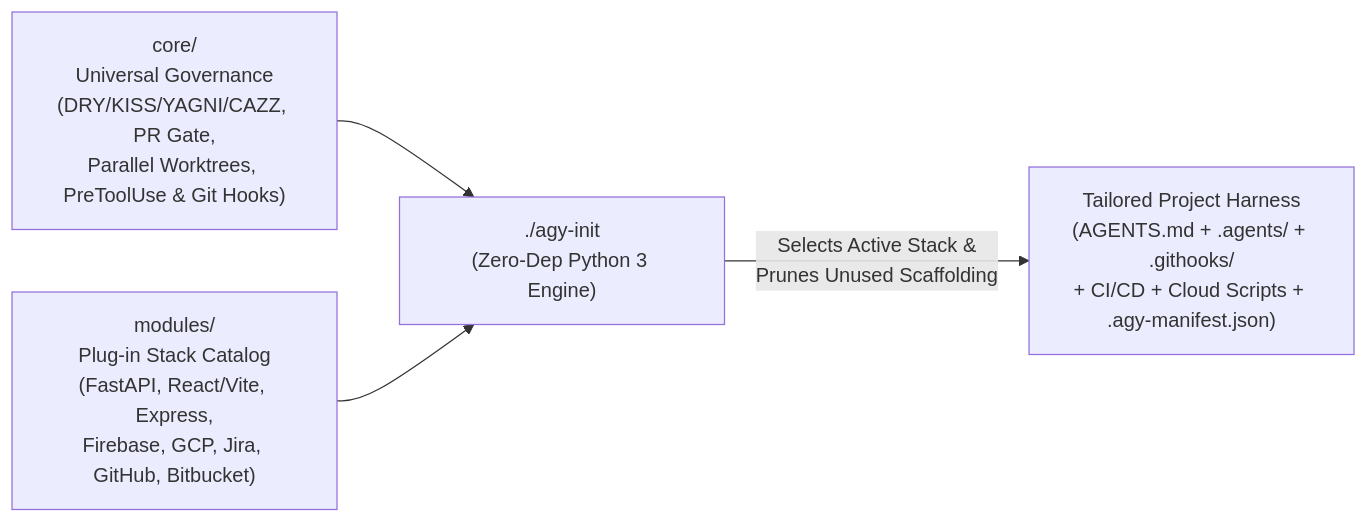
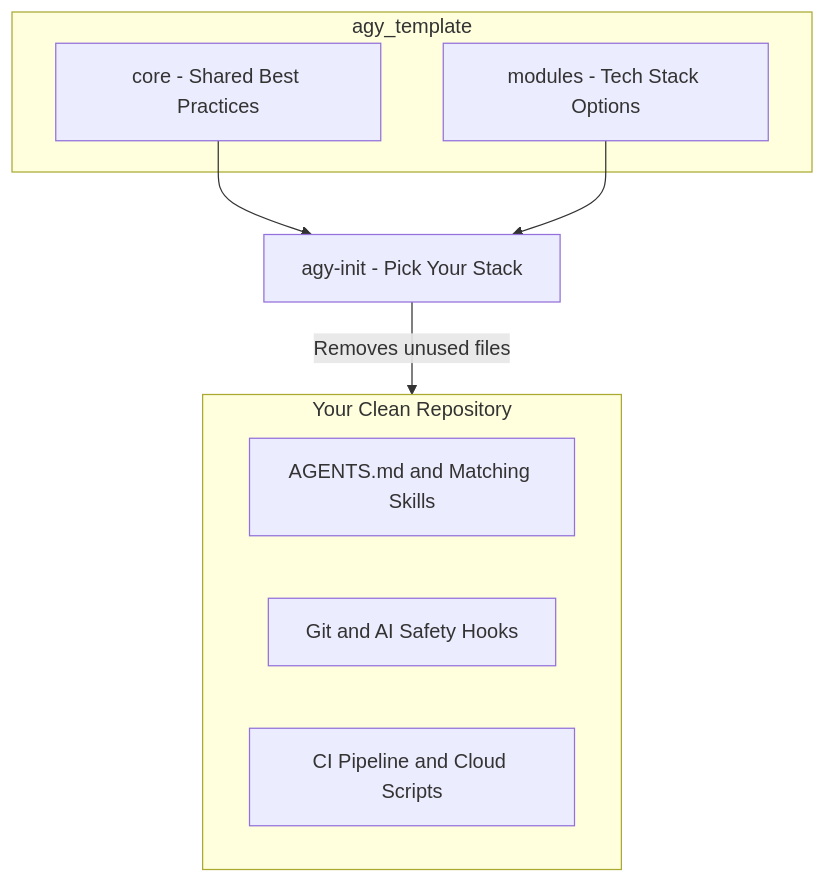
The diagram in README.md (patricio-navarro/agy_template), drawn with Mermaid before and after one commit. The commit also changed other lines of this file and 2 other files, not shown here.

Commit message:
docs: simplify README language and fix Mermaid diagram clipping

````diff
--- a/README.md
+++ b/README.md
@@ -13,11 +11,19 @@
 ```mermaid
-flowchart LR
-    Core["core/<br/>Universal Governance<br/>(DRY/KISS/YAGNI/CAZZ, PR Gate,<br/>Parallel Worktrees, PreToolUse & Git Hooks)"]
-    Modules["modules/<br/>Plug-in Stack Catalog<br/>(FastAPI, React/Vite, Express,<br/>Firebase, GCP, Jira, GitHub, Bitbucket)"]
-    Init["./agy-init<br/>(Zero-Dep Python 3 Engine)"]
-    Workspace["Tailored Project Harness<br/>(AGENTS.md + .agents/ + .githooks/<br/>+ CI/CD + Cloud Scripts + .agy-manifest.json)"]
+flowchart TD
+    subgraph Source["agy_template"]
+        Core["core - Shared Best Practices"]
+        Catalog["modules - Tech Stack Options"]
+    end
+
+    Init["agy-init - Pick Your Stack"]
+
+    subgraph Project["Your Clean Repository"]
+        Skills["AGENTS.md and Matching Skills"]
+        Hooks["Git and AI Safety Hooks"]
+        Pipelines["CI Pipeline and Cloud Scripts"]
+    end
 
     Core --> Init
-    Modules --> Init
-    Init -->|"Selects Active Stack &<br/>Prunes Unused Scaffolding"| Workspace
+    Catalog --> Init
+    Init -->|"Removes unused files"| Project
 ```
````
